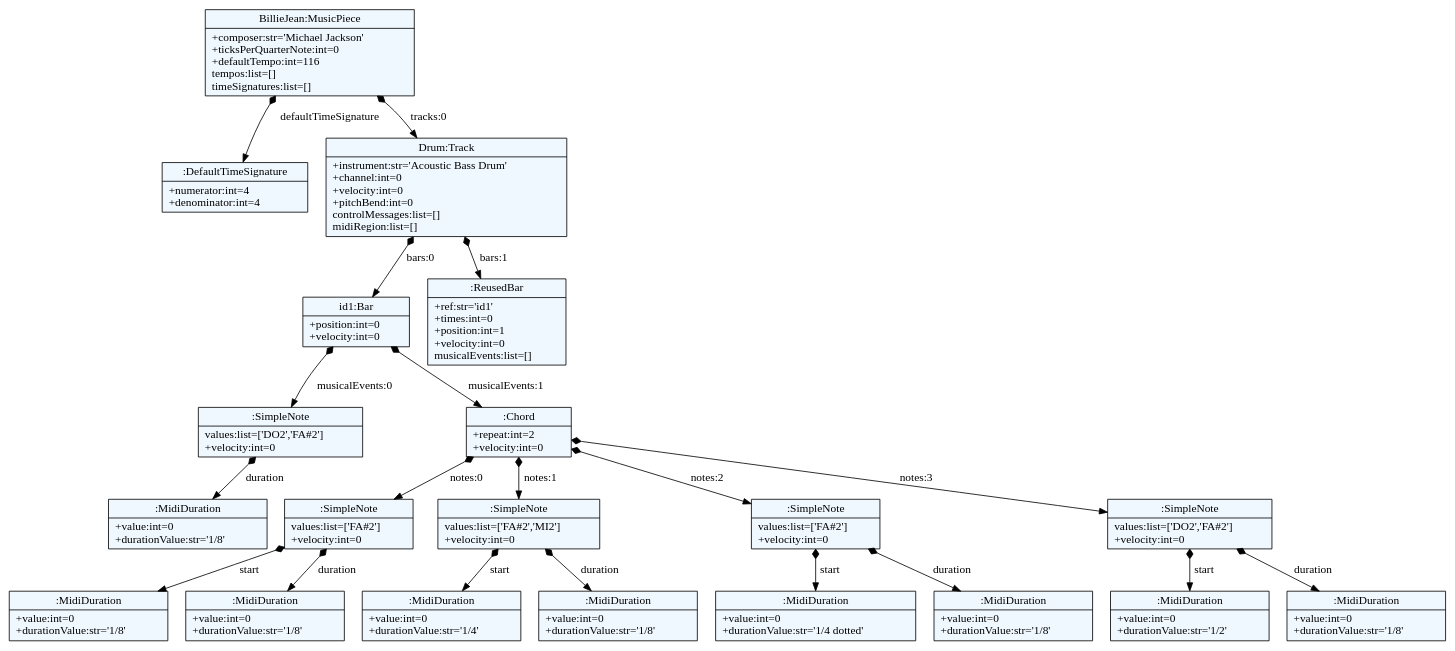
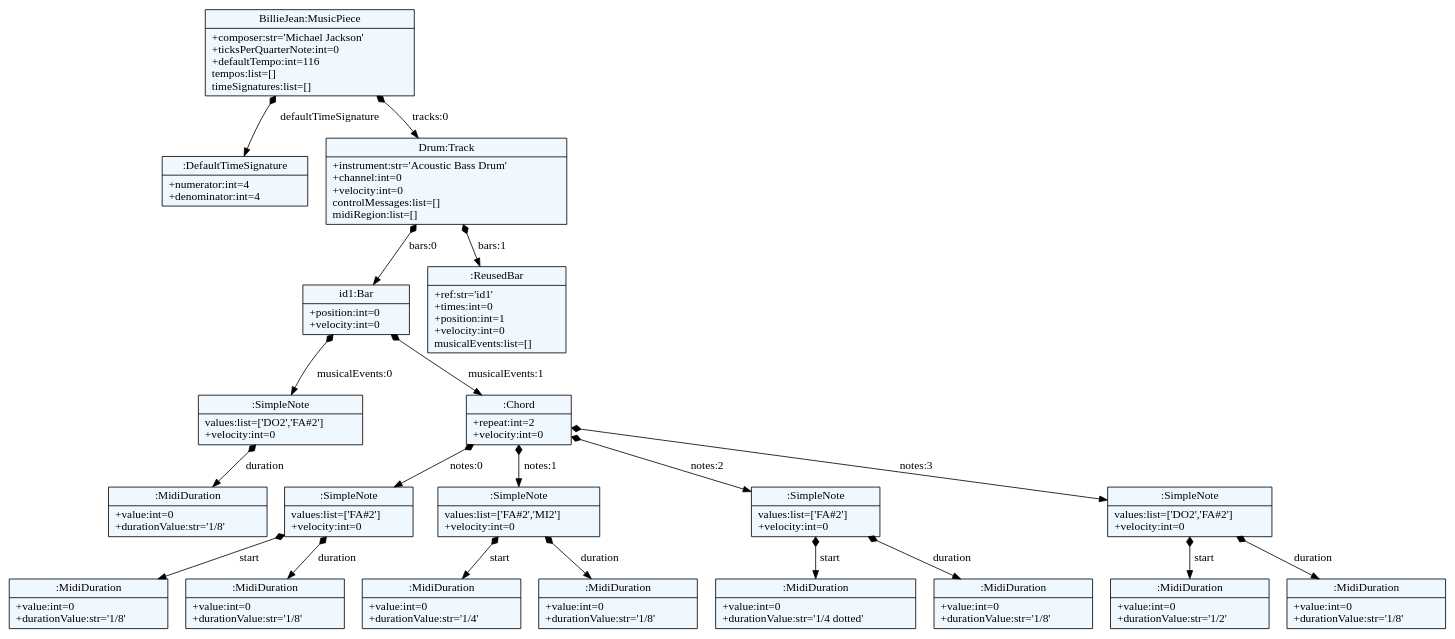
Before and after one commit to ImeneYAHIAOUI/MusicML: the diagram in MusicMl/scenarios/BillieJeanDrum.dot, drawn with Graphviz. The commit also changed 5 other files, not shown here.

```diff
--- a/MusicMl/scenarios/BillieJeanDrum.dot
+++ b/MusicMl/scenarios/BillieJeanDrum.dot
@@ -1,54 +1,54 @@
 
     digraph textX {
     fontname = "Bitstream Vera Sans"
     fontsize = 8
     node[
         shape=record,
         style=filled,
         fillcolor=aliceblue
     ]
     nodesep = 0.3
     edge[dir=black,arrowtail=empty]
 
 
-2454981974480 -> 2454988597520 [label="defaultTimeSignature" arrowtail=diamond dir=both]
-2454988597520[label="{:DefaultTimeSignature|+numerator:int=4\l+denominator:int=4\l}"]
-2454981974480 -> 2454988481744 [label="tracks:0" arrowtail=diamond dir=both]
-2454988481744 -> 2454988282384 [label="bars:0" arrowtail=diamond dir=both]
-2454988282384 -> 2454984950224 [label="musicalEvents:0" arrowtail=diamond dir=both]
-2454984950224 -> 2454988899344 [label="duration" arrowtail=diamond dir=both]
-2454988899344[label="{:MidiDuration|+value:int=0\l+durationValue:str='1/8'\l}"]
-2454984950224[label="{:SimpleNote|values:list=['DO2','FA#2']\l+velocity:int=0\l}"]
-2454988282384 -> 2454988477520 [label="musicalEvents:1" arrowtail=diamond dir=both]
-2454988477520 -> 2454986215056 [label="notes:0" arrowtail=diamond dir=both]
-2454986215056 -> 2454988900112 [label="start" arrowtail=diamond dir=both]
-2454988900112[label="{:MidiDuration|+value:int=0\l+durationValue:str='1/8'\l}"]
-2454986215056 -> 2454988898576 [label="duration" arrowtail=diamond dir=both]
-2454988898576[label="{:MidiDuration|+value:int=0\l+durationValue:str='1/8'\l}"]
-2454986215056[label="{:SimpleNote|values:list=['FA#2']\l+velocity:int=0\l}"]
-2454988477520 -> 2454988901520 [label="notes:1" arrowtail=diamond dir=both]
-2454988901520 -> 2454988898640 [label="start" arrowtail=diamond dir=both]
-2454988898640[label="{:MidiDuration|+value:int=0\l+durationValue:str='1/4'\l}"]
-2454988901520 -> 2454988901584 [label="duration" arrowtail=diamond dir=both]
-2454988901584[label="{:MidiDuration|+value:int=0\l+durationValue:str='1/8'\l}"]
-2454988901520[label="{:SimpleNote|values:list=['FA#2','MI2']\l+velocity:int=0\l}"]
-2454988477520 -> 2454988901904 [label="notes:2" arrowtail=diamond dir=both]
-2454988901904 -> 2454988901648 [label="start" arrowtail=diamond dir=both]
-2454988901648[label="{:MidiDuration|+value:int=0\l+durationValue:str='1/4 dotted'\l}"]
-2454988901904 -> 2454988902032 [label="duration" arrowtail=diamond dir=both]
-2454988902032[label="{:MidiDuration|+value:int=0\l+durationValue:str='1/8'\l}"]
-2454988901904[label="{:SimpleNote|values:list=['FA#2']\l+velocity:int=0\l}"]
-2454988477520 -> 2454988900048 [label="notes:3" arrowtail=diamond dir=both]
-2454988900048 -> 2454988899472 [label="start" arrowtail=diamond dir=both]
-2454988899472[label="{:MidiDuration|+value:int=0\l+durationValue:str='1/2'\l}"]
-2454988900048 -> 2454988900240 [label="duration" arrowtail=diamond dir=both]
-2454988900240[label="{:MidiDuration|+value:int=0\l+durationValue:str='1/8'\l}"]
-2454988900048[label="{:SimpleNote|values:list=['DO2','FA#2']\l+velocity:int=0\l}"]
-2454988477520[label="{:Chord|+repeat:int=2\l+velocity:int=0\l}"]
-2454988282384[label="{id1:Bar|+position:int=0\l+velocity:int=0\l}"]
-2454988481744 -> 2454988898832 [label="bars:1" arrowtail=diamond dir=both]
-2454988898832[label="{:ReusedBar|+ref:str='id1'\l+times:int=0\l+position:int=1\l+velocity:int=0\lmusicalEvents:list=[]\l}"]
-2454988481744[label="{Drum:Track|+instrument:str='Acoustic Bass Drum'\l+channel:int=0\l+velocity:int=0\l+pitchBend:int=0\lcontrolMessages:list=[]\lmidiRegion:list=[]\l}"]
-2454981974480[label="{BillieJean:MusicPiece|+composer:str='Michael Jackson'\l+ticksPerQuarterNote:int=0\l+defaultTempo:int=116\ltempos:list=[]\ltimeSignatures:list=[]\l}"]
+2142819699840 -> 2142819699360 [label="defaultTimeSignature" arrowtail=diamond dir=both]
+2142819699360[label="{:DefaultTimeSignature|+numerator:int=4\l+denominator:int=4\l}"]
+2142819699840 -> 2142819699216 [label="tracks:0" arrowtail=diamond dir=both]
+2142819699216 -> 2142819697872 [label="bars:0" arrowtail=diamond dir=both]
+2142819697872 -> 2142819626320 [label="musicalEvents:0" arrowtail=diamond dir=both]
+2142819626320 -> 2142819617536 [label="duration" arrowtail=diamond dir=both]
+2142819617536[label="{:MidiDuration|+value:int=0\l+durationValue:str='1/8'\l}"]
+2142819626320[label="{:SimpleNote|values:list=['DO2','FA#2']\l+velocity:int=0\l}"]
+2142819697872 -> 2142819626848 [label="musicalEvents:1" arrowtail=diamond dir=both]
+2142819626848 -> 2142819628624 [label="notes:0" arrowtail=diamond dir=both]
+2142819628624 -> 2142819615136 [label="start" arrowtail=diamond dir=both]
+2142819615136[label="{:MidiDuration|+value:int=0\l+durationValue:str='1/8'\l}"]
+2142819628624 -> 2142819630400 [label="duration" arrowtail=diamond dir=both]
+2142819630400[label="{:MidiDuration|+value:int=0\l+durationValue:str='1/8'\l}"]
+2142819628624[label="{:SimpleNote|values:list=['FA#2']\l+velocity:int=0\l}"]
+2142819626848 -> 2142819622672 [label="notes:1" arrowtail=diamond dir=both]
+2142819622672 -> 2142819629296 [label="start" arrowtail=diamond dir=both]
+2142819629296[label="{:MidiDuration|+value:int=0\l+durationValue:str='1/4'\l}"]
+2142819622672 -> 2142819618544 [label="duration" arrowtail=diamond dir=both]
+2142819618544[label="{:MidiDuration|+value:int=0\l+durationValue:str='1/8'\l}"]
+2142819622672[label="{:SimpleNote|values:list=['FA#2','MI2']\l+velocity:int=0\l}"]
+2142819626848 -> 2142819629872 [label="notes:2" arrowtail=diamond dir=both]
+2142819629872 -> 2142819617008 [label="start" arrowtail=diamond dir=both]
+2142819617008[label="{:MidiDuration|+value:int=0\l+durationValue:str='1/4 dotted'\l}"]
+2142819629872 -> 2142819617440 [label="duration" arrowtail=diamond dir=both]
+2142819617440[label="{:MidiDuration|+value:int=0\l+durationValue:str='1/8'\l}"]
+2142819629872[label="{:SimpleNote|values:list=['FA#2']\l+velocity:int=0\l}"]
+2142819626848 -> 2142819617824 [label="notes:3" arrowtail=diamond dir=both]
+2142819617824 -> 2142819628048 [label="start" arrowtail=diamond dir=both]
+2142819628048[label="{:MidiDuration|+value:int=0\l+durationValue:str='1/2'\l}"]
+2142819617824 -> 2142819622048 [label="duration" arrowtail=diamond dir=both]
+2142819622048[label="{:MidiDuration|+value:int=0\l+durationValue:str='1/8'\l}"]
+2142819617824[label="{:SimpleNote|values:list=['DO2','FA#2']\l+velocity:int=0\l}"]
+2142819626848[label="{:Chord|+repeat:int=2\l+velocity:int=0\l}"]
+2142819697872[label="{id1:Bar|+position:int=0\l+velocity:int=0\l}"]
+2142819699216 -> 2142814265680 [label="bars:1" arrowtail=diamond dir=both]
+2142814265680[label="{:ReusedBar|+ref:str='id1'\l+times:int=0\l+position:int=1\l+velocity:int=0\lmusicalEvents:list=[]\l}"]
+2142819699216[label="{Drum:Track|+instrument:str='Acoustic Bass Drum'\l+channel:int=0\l+velocity:int=0\lcontrolMessages:list=[]\lmidiRegion:list=[]\l}"]
+2142819699840[label="{BillieJean:MusicPiece|+composer:str='Michael Jackson'\l+ticksPerQuarterNote:int=0\l+defaultTempo:int=116\ltempos:list=[]\ltimeSignatures:list=[]\l}"]
 
 }
```
